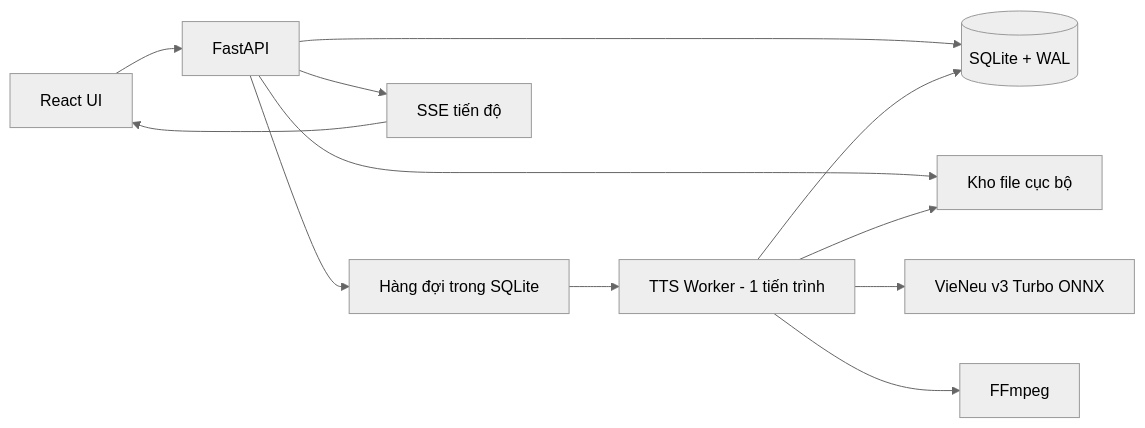
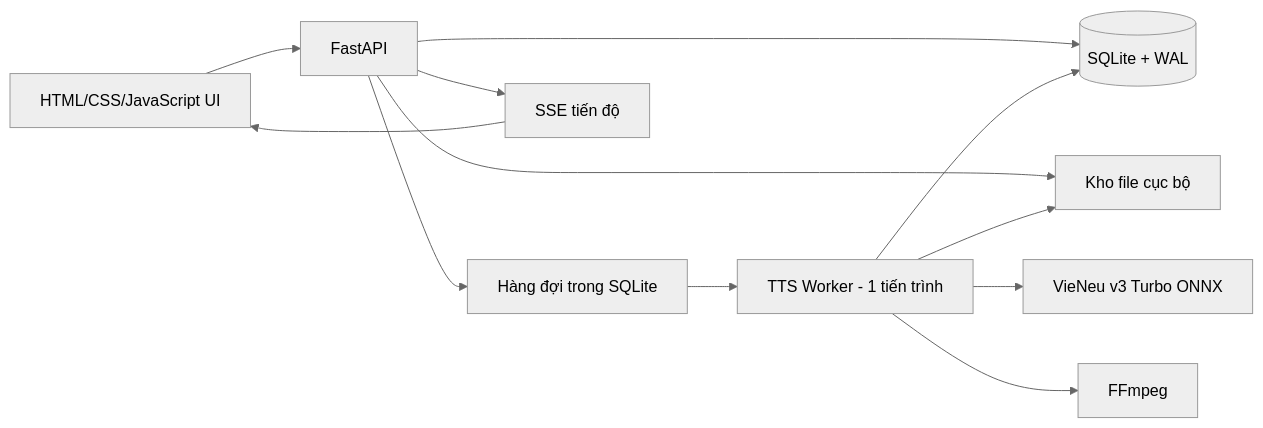
Before and after one commit to blackshark03z/Story-Trans-And-Audio: the first of 2 diagrams in ARCHITECTURE.md, drawn with Mermaid (neutral theme). The commit also changed other lines of this file and 7 other files, not shown here.

````diff
--- a/ARCHITECTURE.md
+++ b/ARCHITECTURE.md
@@ -20,14 +31,14 @@
 ```mermaid
 flowchart LR
-    UI["React UI"] --> API["FastAPI"]
+    UI["HTML/CSS/JavaScript UI"] --> API["FastAPI"]
     API --> DB[("SQLite + WAL")]
     API --> FS["Kho file cục bộ"]
     API --> Q["Hàng đợi trong SQLite"]
     Q --> W["TTS Worker - 1 tiến trình"]
     W --> V["VieNeu v3 Turbo ONNX"]
     W --> FF["FFmpeg"]
     W --> DB
     W --> FS
     API --> EV["SSE tiến độ"]
     EV --> UI
 ```
````
